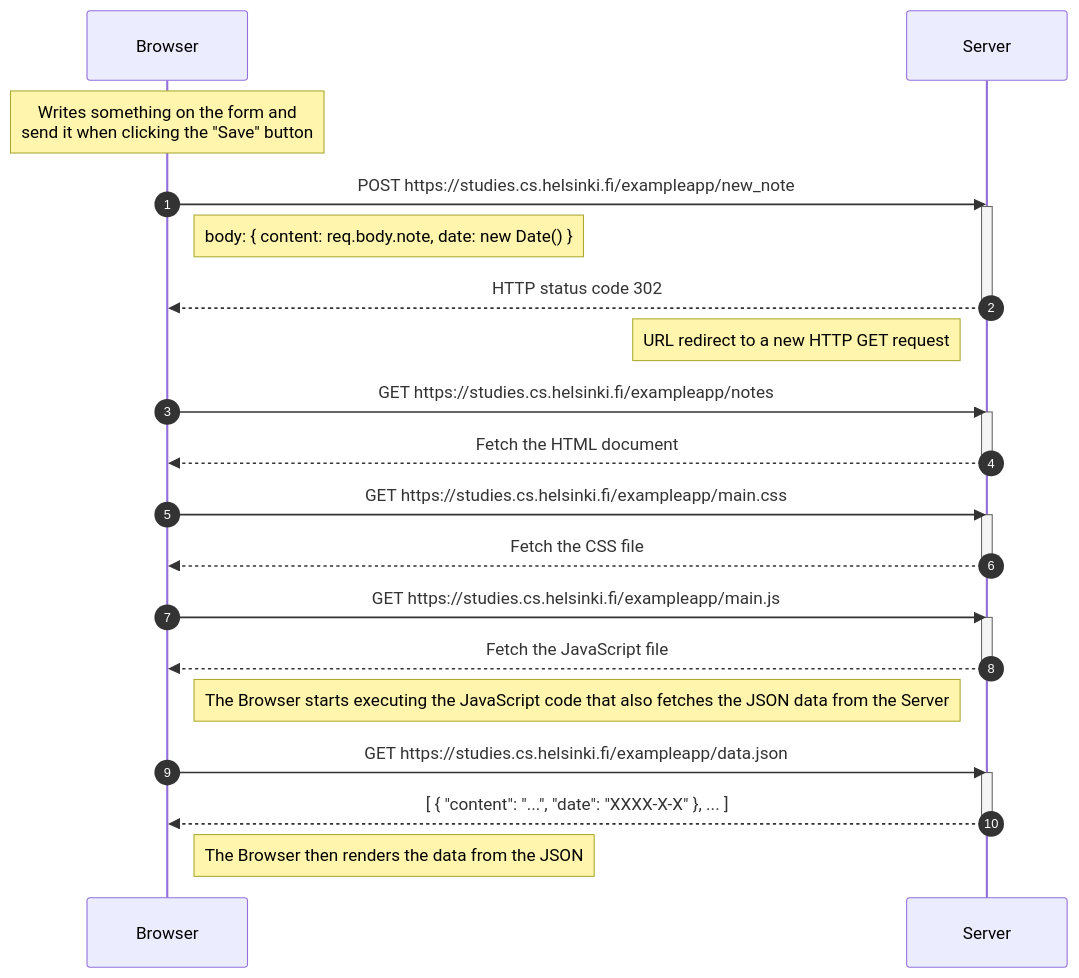
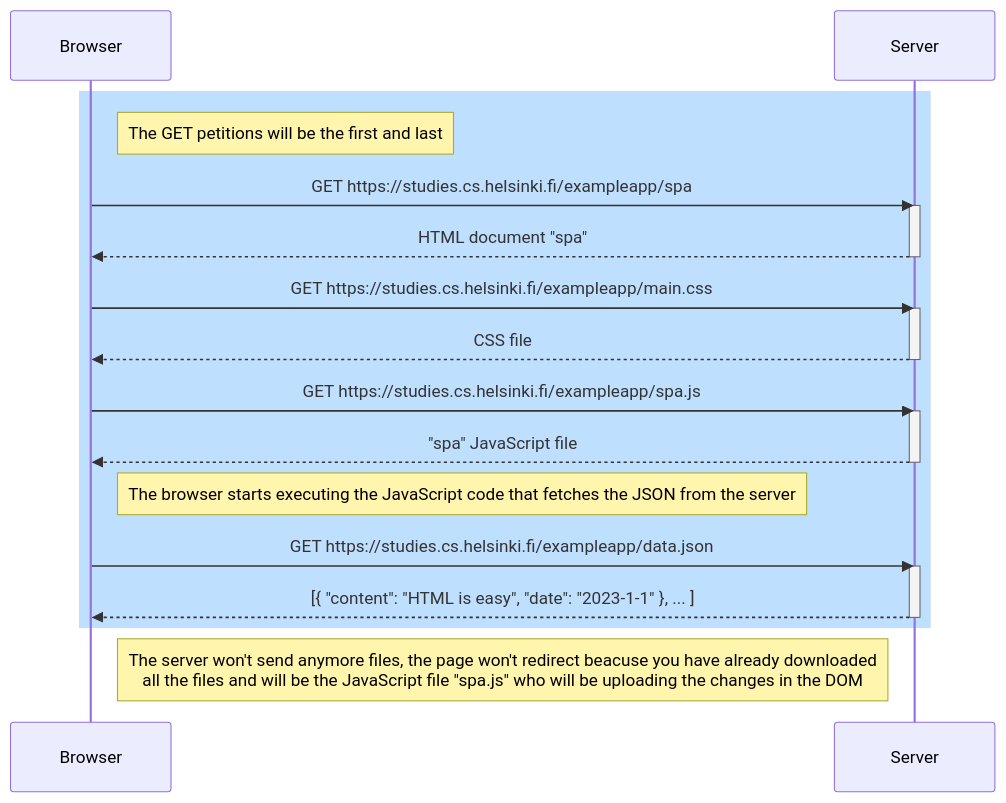
The diagram in part0/0.5.md (2Tucho/Full_Stack_Open_ReactJS_Course), drawn with Mermaid before and after one commit. The commit also changed 1 other file, not shown here.

Commit message:
Added exercise 0.5

````diff
--- a/part0/0.5.md
+++ b/part0/0.5.md
@@ -1,40 +1,35 @@
 ```mermaid
 sequenceDiagram
     participant B as Browser
     participant S as Server
 
-    autonumber
+    rect rgb(191, 223, 255)
 
-    Note over B: Writes something on the form and <br/> send it when clicking the "Save" button
-
-    B->>S: POST https://studies.cs.helsinki.fi/exampleapp/new_note
+    Note right of B: The GET petitions will be the first and last
+    B->>S: GET https://studies.cs.helsinki.fi/exampleapp/spa
+    
     activate S
-    Note right of B: body: { content: req.body.note, date: new Date() }
-    S-->>B: HTTP status code 302
-    deactivate S
-    Note left of S: URL redirect to a new HTTP GET request
-
-    B->>S: GET https://studies.cs.helsinki.fi/exampleapp/notes
-    activate S
-    S-->>B: Fetch the HTML document
+    S-->>B: HTML document "spa"
     deactivate S
 
     B->>S: GET https://studies.cs.helsinki.fi/exampleapp/main.css
     activate S
-    S-->>B: Fetch the CSS file
+    S-->>B: CSS file
     deactivate S
 
-    B->>S: GET https://studies.cs.helsinki.fi/exampleapp/main.js
+    B->>S: GET https://studies.cs.helsinki.fi/exampleapp/spa.js
     activate S
-    S-->>B: Fetch the JavaScript file
+    S-->>B: "spa" JavaScript file
     deactivate S
 
-    Note right of B: The Browser starts executing the JavaScript code that also fetches the JSON data from the Server
+    Note right of B: The browser starts executing the JavaScript code that fetches the JSON from the server
 
     B->>S: GET https://studies.cs.helsinki.fi/exampleapp/data.json
     activate S
-    S-->>B: [ { "content": "...", "date": "XXXX-X-X" }, ... ]
+    S-->>B: [{ "content": "HTML is easy", "date": "2023-1-1" }, ... ]
     deactivate S
 
-    Note right of B: The Browser then renders the data from the JSON
+    end
+
+    Note right of B: The server won't send anymore files, the page won't redirect beacuse you have already downloaded <br> all the files and will be the JavaScript file "spa.js" who will be uploading the changes in the DOM
 ```
````
